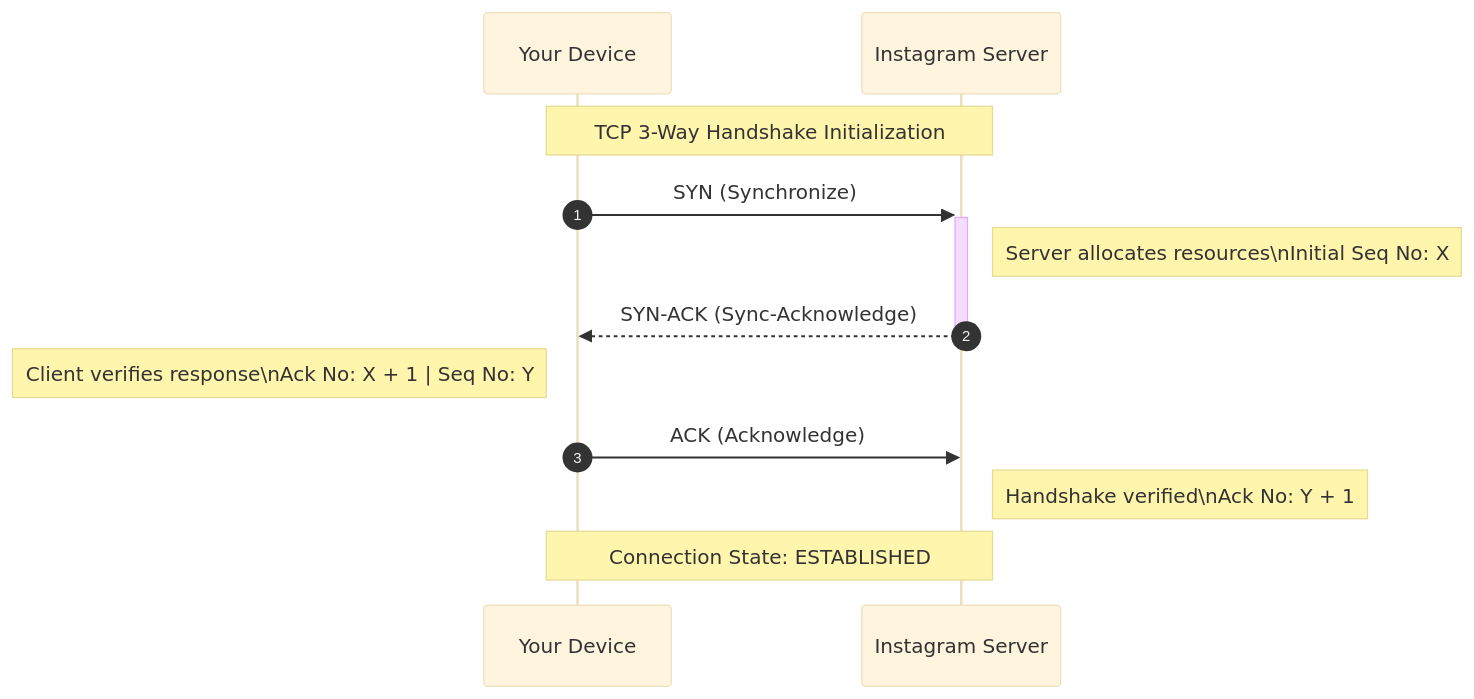
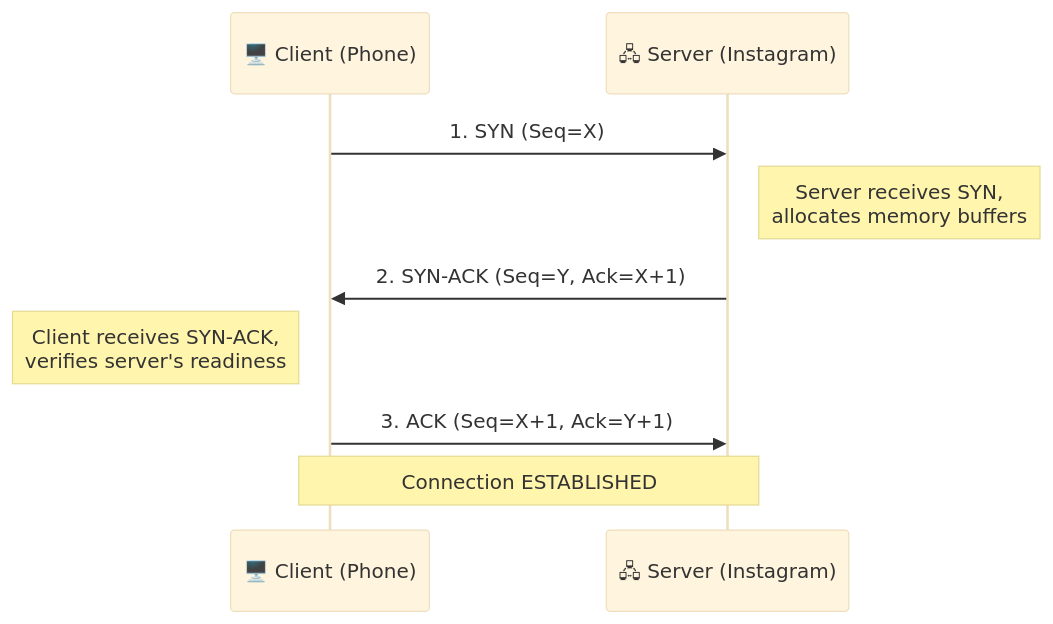
Before and after one commit to HarshitN87/Sriniously_backend_notes: the third of 7 diagrams in 01_How_Requests_Travel.md, drawn with Mermaid (base theme). The commit also changed other lines of this file and 26 other files, not shown here.

````diff
--- a/01_How_Requests_Travel.md
+++ b/01_How_Requests_Travel.md
@@ -134,20 +219,12 @@
 ```mermaid
 sequenceDiagram
-    autonumber
+    participant C as 🖥️ Client (Phone)
+    participant S as 🖧 Server (Instagram)
 
-    participant C as Your Device
-    participant S as Instagram Server
-
-    Note over C, S: TCP 3-Way Handshake Initialization
-
-    C->>+S: SYN (Synchronize)
-    Note right of S: Server allocates resources\nInitial Seq No: X
-
-    S-->>-C: SYN-ACK (Sync-Acknowledge)
-    Note left of C: Client verifies response\nAck No: X + 1 | Seq No: Y
-
-    C->>S: ACK (Acknowledge)
-    Note right of S: Handshake verified\nAck No: Y + 1
-
-    Note over C, S: Connection State: ESTABLISHED
+    C->>S: 1. SYN (Seq=X)
+    Note right of S: Server receives SYN,<br/>allocates memory buffers
+    S->>C: 2. SYN-ACK (Seq=Y, Ack=X+1)
+    Note left of C: Client receives SYN-ACK,<br/>verifies server's readiness
+    C->>S: 3. ACK (Seq=X+1, Ack=Y+1)
+    Note over C,S: Connection ESTABLISHED
 ```
````
